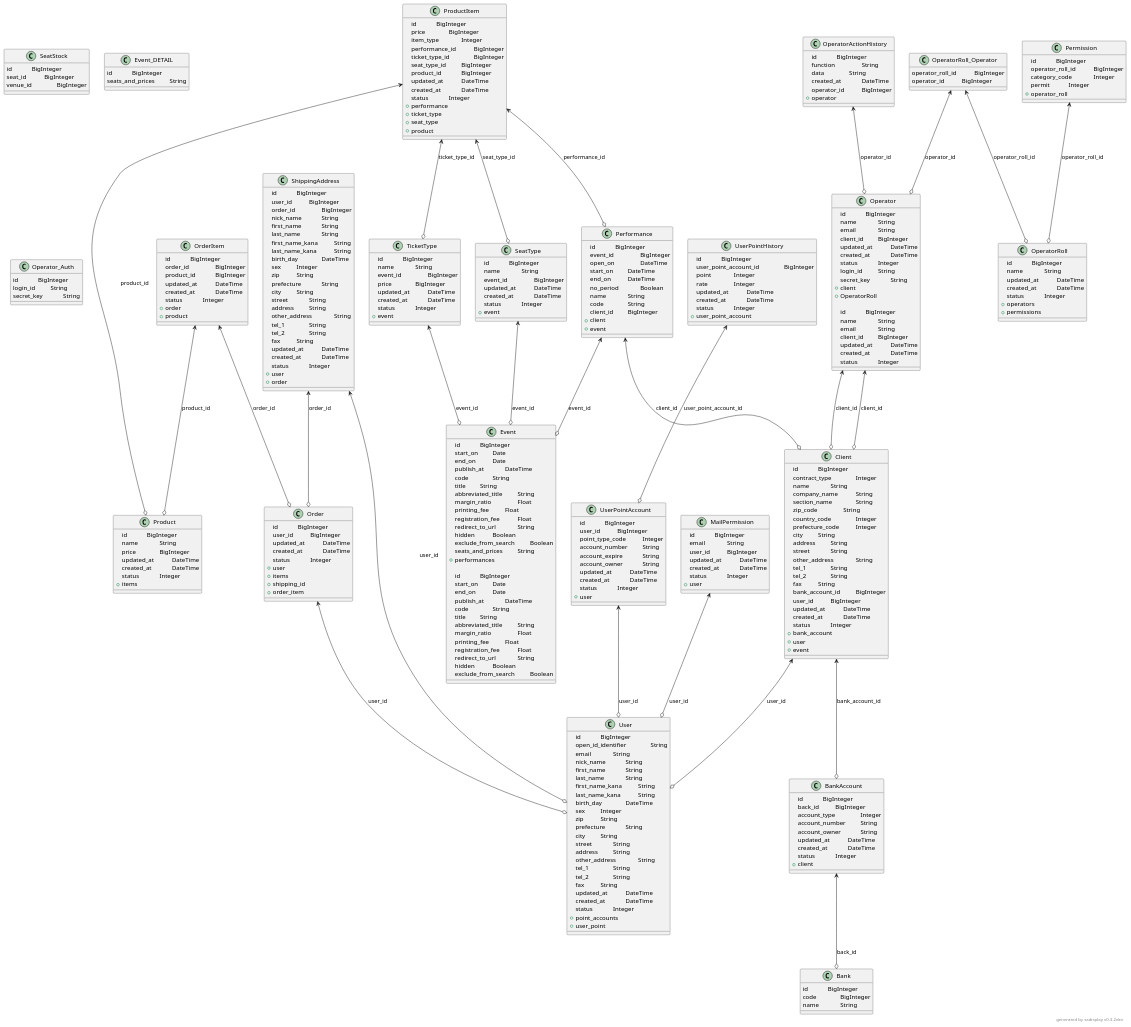
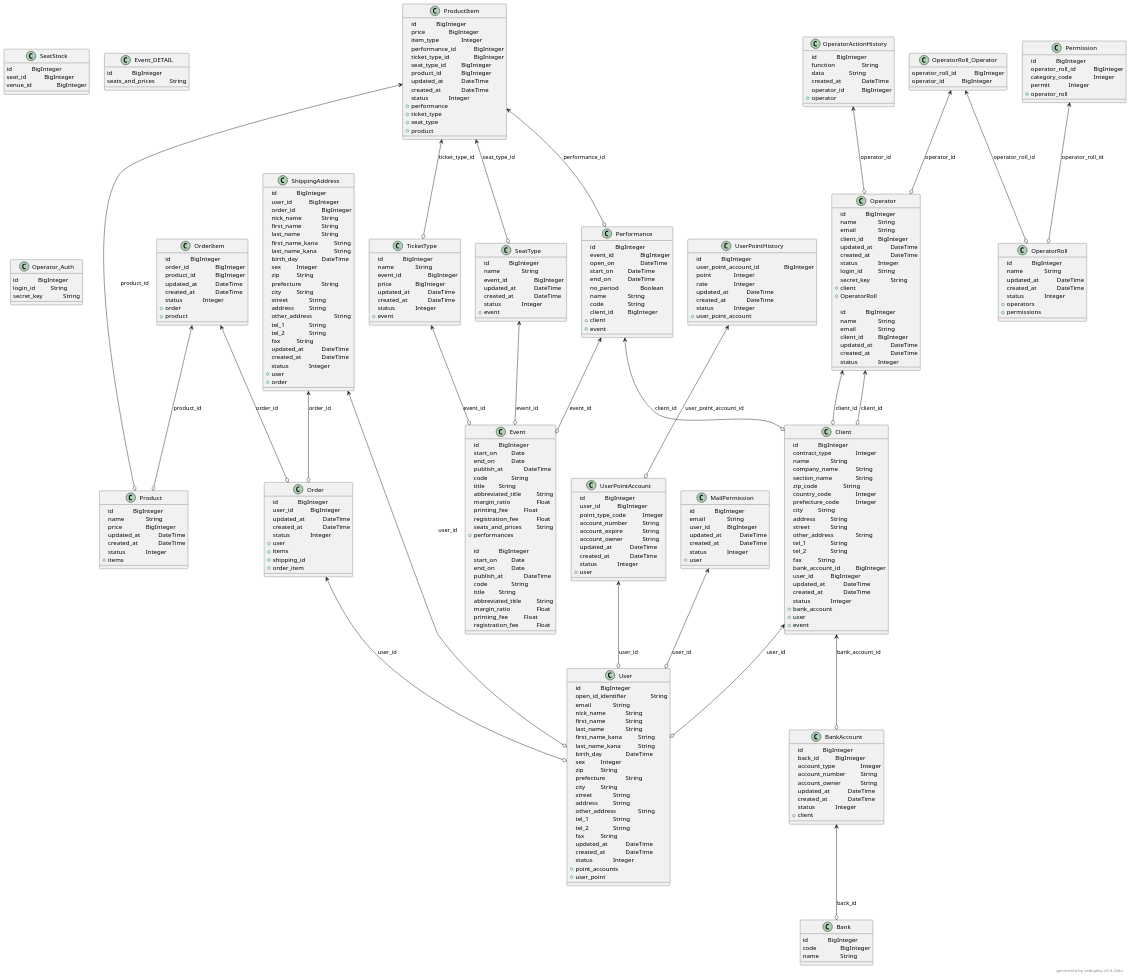
Before and after one commit to pumbahk/altair: the diagram in ticketing/src/schema.plantuml, drawn with PlantUML. The commit also changed 36 other files, not shown here.

```diff
--- a/ticketing/src/schema.plantuml
+++ b/ticketing/src/schema.plantuml
@@ -58,9 +58,6 @@
 	margin_ratio 		Float
 	printing_fee 		Float
 	registration_fee 		Float
-	redirect_to_url 		String
-	hidden 		Boolean
-	exclude_from_search 		Boolean
 	seats_and_prices 		String
 	+		performances
 
@@ -322,9 +319,6 @@
 	margin_ratio 		Float
 	printing_fee 		Float
 	registration_fee 		Float
-	redirect_to_url 		String
-	hidden 		Boolean
-	exclude_from_search 		Boolean
 
 
 }
```
